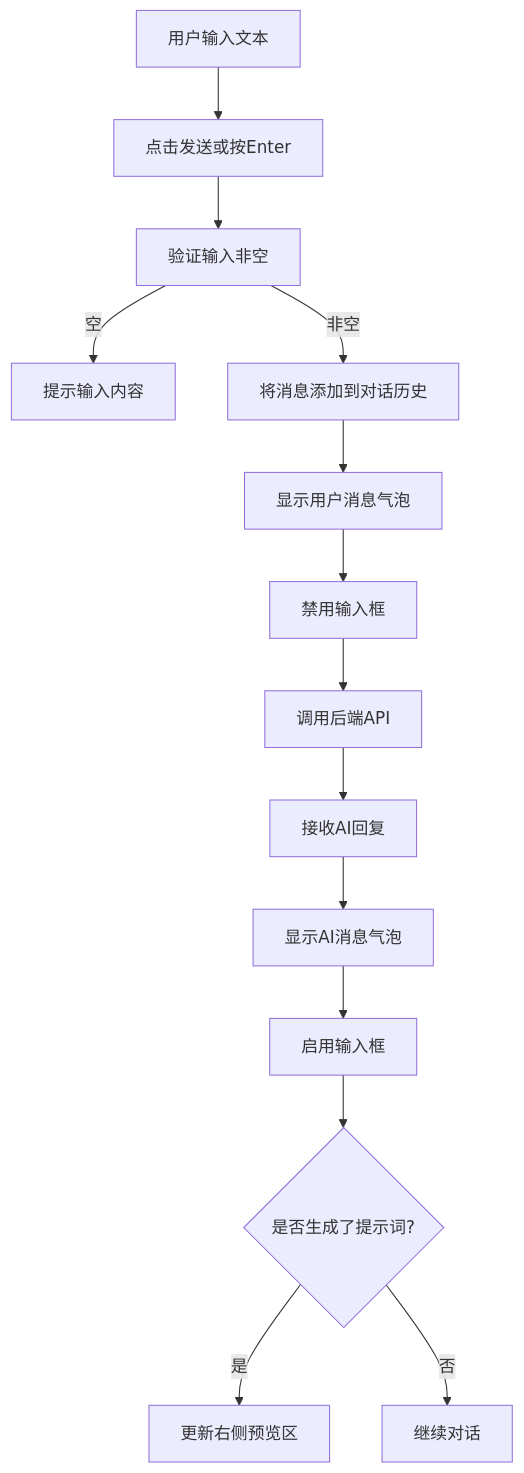
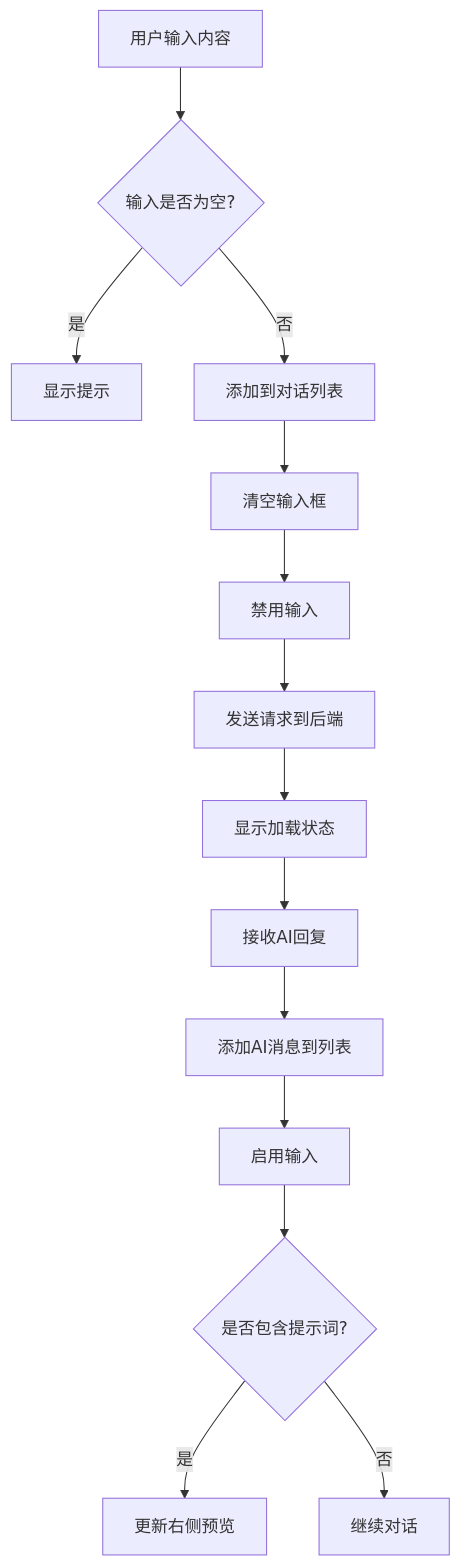
One commit to ZhangColin/ai-teacher-platform changed the first of 2 diagrams in docs/requirements/ui_interaction_guide.md. Above: the diagram before and after it, drawn with Mermaid. The commit also changed other lines of this file and 1 other file, not shown here.

````diff
--- a/docs/requirements/ui_interaction_guide.md
+++ b/docs/requirements/ui_interaction_guide.md
@@ -190,16 +137,16 @@
 ```mermaid
 graph TD
-    A[用户输入文本] --> B[点击发送或按Enter]
-    B --> C[验证输入非空]
-    C -->|空| D[提示输入内容]
-    C -->|非空| E[将消息添加到对话历史]
-    E --> F[显示用户消息气泡]
-    F --> G[禁用输入框]
-    G --> H[调用后端API]
+    A[用户输入内容] --> B{输入是否为空?}
+    B -->|是| C[显示提示]
+    B -->|否| D[添加到对话列表]
+    D --> E[清空输入框]
+    E --> F[禁用输入]
+    F --> G[发送请求到后端]
+    G --> H[显示加载状态]
     H --> I[接收AI回复]
-    I --> J[显示AI消息气泡]
-    J --> K[启用输入框]
-    K --> L{是否生成了提示词?}
-    L -->|是| M[更新右侧预览区]
+    I --> J[添加AI消息到列表]
+    J --> K[启用输入]
+    K --> L{是否包含提示词?}
+    L -->|是| M[更新右侧预览]
     L -->|否| N[继续对话]
 ```
````
